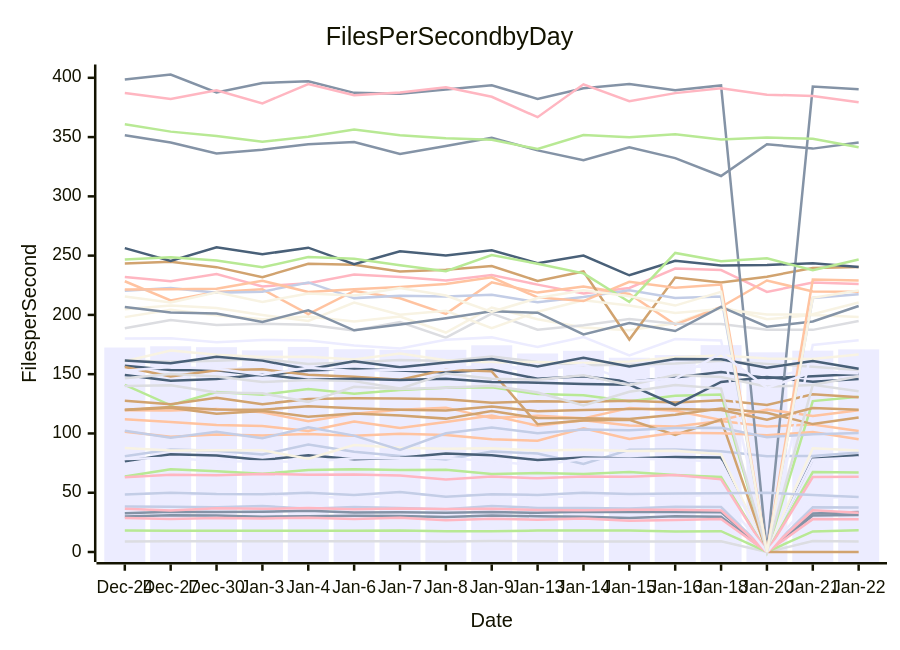
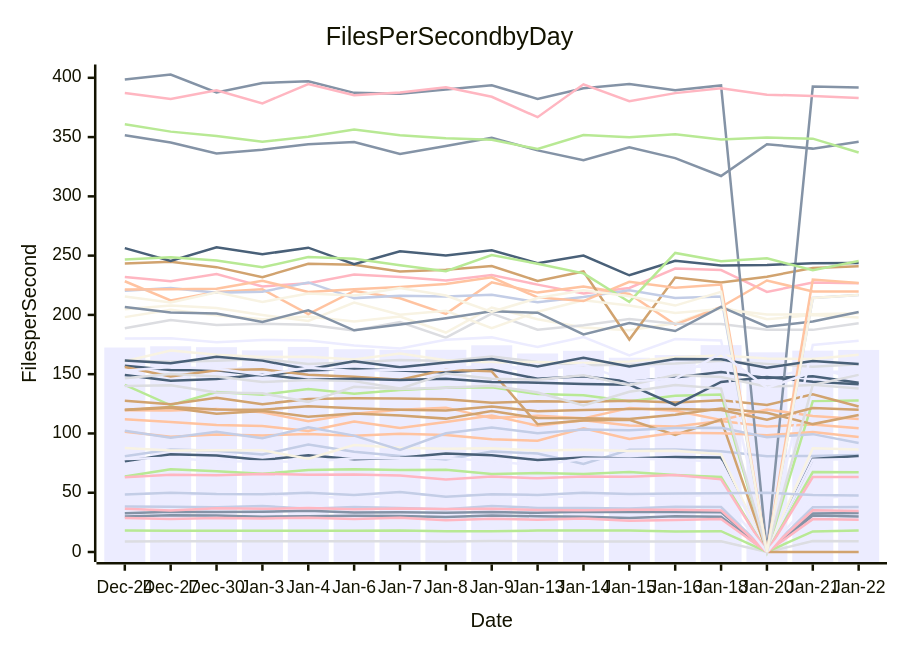
Before and after one commit to streetsidesoftware/cspell: the diagram in perf-report.md, drawn with Mermaid. The commit also changed other lines of this file and 1 other file, not shown here.

````diff
--- a/perf-report.md
+++ b/perf-report.md
@@ -10,57 +10,57 @@
 ```mermaid
 xychart-beta
     title Files Per Second by Day
     y-axis Files per Second
     x-axis Date [Dec-24, Dec-27, Dec-30, Jan-3, Jan-4, Jan-6, Jan-7, Jan-8, Jan-9, Jan-13, Jan-14, Jan-15, Jan-16, Jan-18, Jan-20, Jan-21, Jan-22]
-    bar [172.48, 173.54, 172.79, 170.07, 172.98, 171.06, 170.63, 170.60, 174.36, 167.48, 169.75, 163.88, 166.13, 174.50, 168.43, 169.86, 170.92]
-    line [30.04, 30.99, 30.88, 29.79, 30.12, 30.58, 30.44, 29.43, 30.82, 30.13, 29.74, 28.69, 30.19, 29.74, 0.00, 30.87, 31.24]
-    line [111.88, 109.68, 107.07, 106.25, 102.14, 110.16, 104.65, 109.58, 115.11, 106.48, 111.07, 106.70, 105.83, 110.59, 105.90, 107.50, 102.03]
-    line [8.90, 9.07, 9.12, 9.16, 9.11, 9.12, 9.14, 8.90, 9.21, 9.09, 8.82, 8.93, 8.76, 8.99, 0.00, 9.21, 8.91]
-    line [140.89, 123.76, 134.99, 132.64, 137.41, 133.47, 136.71, 138.45, 138.88, 133.26, 132.31, 127.23, 131.76, 132.93, 0.00, 127.27, 131.02]
-    line [127.54, 124.61, 130.19, 124.72, 128.97, 129.63, 129.57, 128.75, 125.98, 127.26, 126.67, 127.57, 126.01, 128.09, 123.93, 133.11, 130.61]
-    line [80.81, 86.47, 85.34, 82.22, 90.61, 84.54, 80.98, 78.06, 84.72, 83.13, 74.36, 86.16, 86.38, 84.98, 80.87, 81.08, 83.95]
-    line [231.90, 228.38, 234.40, 224.05, 226.75, 234.01, 231.87, 229.00, 233.60, 225.53, 218.14, 222.73, 239.07, 237.86, 219.38, 227.33, 226.04]
-    line [76.44, 82.43, 81.41, 77.52, 81.68, 78.20, 79.53, 83.01, 81.62, 77.54, 79.76, 78.94, 80.05, 79.79, 0.00, 78.41, 81.53]
-    line [198.12, 204.40, 199.78, 196.30, 198.61, 194.45, 198.60, 185.12, 206.27, 196.30, 189.40, 186.97, 192.92, 206.92, 196.43, 199.84, 198.27]
-    line [158.26, 149.38, 149.63, 160.44, 159.38, 155.94, 161.49, 151.30, 157.09, 152.68, 160.69, 156.79, 156.81, 155.73, 146.52, 155.23, 148.65]
-    line [32.69, 33.95, 33.78, 33.96, 34.86, 33.41, 33.47, 33.19, 33.82, 33.01, 34.00, 33.70, 33.67, 33.62, 0.00, 32.53, 33.69]
-    line [228.39, 212.27, 219.38, 221.60, 200.66, 220.18, 213.99, 200.90, 227.46, 218.81, 223.94, 217.59, 191.78, 206.70, 229.01, 219.68, 219.45]
-    line [188.75, 195.62, 191.45, 192.64, 191.68, 186.85, 193.93, 180.85, 201.04, 187.54, 191.28, 196.46, 192.64, 192.25, 187.45, 187.38, 194.87]
-    line [18.08, 17.97, 17.93, 17.83, 17.83, 17.89, 18.19, 17.48, 17.44, 18.04, 18.04, 18.22, 17.23, 17.55, 0.00, 17.39, 18.34]
-    line [243.32, 244.74, 240.28, 231.82, 243.15, 242.35, 236.52, 238.12, 241.19, 228.64, 236.61, 179.24, 231.58, 227.41, 232.25, 239.53, 240.36]
-    line [38.32, 38.26, 37.85, 38.77, 36.54, 38.02, 37.20, 35.97, 38.77, 37.19, 37.15, 36.65, 38.13, 37.95, 0.00, 37.76, 37.44]
-    line [36.55, 35.09, 36.98, 36.38, 37.08, 36.07, 36.65, 36.34, 36.49, 35.46, 35.24, 35.59, 35.58, 35.07, 0.00, 35.24, 33.20]
-    line [157.19, 153.46, 153.21, 148.91, 153.20, 154.41, 153.05, 151.33, 153.98, 146.13, 148.32, 143.55, 147.19, 151.83, 146.83, 148.17, 150.25]
-    line [87.76, 85.72, 85.81, 85.78, 78.64, 90.27, 87.90, 87.06, 87.60, 85.54, 86.15, 85.12, 85.43, 82.51, 0.00, 87.43, 85.66]
-    line [78.49, 79.44, 76.50, 76.34, 76.08, 79.03, 79.23, 79.24, 76.50, 72.97, 78.65, 78.72, 77.98, 76.03, 0.00, 77.82, 79.65]
-    line [398.52, 402.79, 387.60, 395.60, 397.05, 387.31, 386.47, 390.16, 393.74, 382.18, 391.17, 394.86, 389.55, 393.53, 0.00, 392.61, 390.40]
-    line [119.60, 119.43, 120.64, 117.82, 110.33, 116.53, 120.08, 121.77, 112.94, 114.87, 112.73, 121.37, 119.21, 111.41, 120.28, 114.69, 119.63]
-    line [161.55, 160.38, 161.25, 162.72, 158.59, 160.02, 162.06, 161.10, 164.91, 160.36, 157.59, 157.97, 159.04, 161.40, 158.69, 156.26, 153.51]
-    line [63.78, 69.83, 68.15, 65.99, 69.11, 69.77, 69.09, 69.36, 65.84, 66.66, 65.78, 67.40, 65.04, 63.23, 0.00, 67.48, 67.13]
+    bar [172.48, 173.54, 172.79, 170.07, 172.98, 171.06, 170.63, 170.60, 174.36, 167.48, 169.75, 163.88, 166.13, 174.50, 168.43, 169.86, 170.44]
+    line [30.04, 30.99, 30.88, 29.79, 30.12, 30.58, 30.44, 29.43, 30.82, 30.13, 29.74, 28.69, 30.19, 29.74, 0.00, 30.87, 30.00]
+    line [111.88, 109.68, 107.07, 106.25, 102.14, 110.16, 104.65, 109.58, 115.11, 106.48, 111.07, 106.70, 105.83, 110.59, 105.90, 107.50, 104.30]
+    line [8.90, 9.07, 9.12, 9.16, 9.11, 9.12, 9.14, 8.90, 9.21, 9.09, 8.82, 8.93, 8.76, 8.99, 0.00, 9.21, 8.99]
+    line [140.89, 123.76, 134.99, 132.64, 137.41, 133.47, 136.71, 138.45, 138.88, 133.26, 132.31, 127.23, 131.76, 132.93, 0.00, 127.27, 127.81]
+    line [127.54, 124.61, 130.19, 124.72, 128.97, 129.63, 129.57, 128.75, 125.98, 127.26, 126.67, 127.57, 126.01, 128.09, 123.93, 133.11, 122.76]
+    line [80.81, 86.47, 85.34, 82.22, 90.61, 84.54, 80.98, 78.06, 84.72, 83.13, 74.36, 86.16, 86.38, 84.98, 80.87, 81.08, 81.74]
+    line [231.90, 228.38, 234.40, 224.05, 226.75, 234.01, 231.87, 229.00, 233.60, 225.53, 218.14, 222.73, 239.07, 237.86, 219.38, 227.33, 226.70]
+    line [76.44, 82.43, 81.41, 77.52, 81.68, 78.20, 79.53, 83.01, 81.62, 77.54, 79.76, 78.94, 80.05, 79.79, 0.00, 78.41, 81.03]
+    line [198.12, 204.40, 199.78, 196.30, 198.61, 194.45, 198.60, 185.12, 206.27, 196.30, 189.40, 186.97, 192.92, 206.92, 196.43, 199.84, 197.78]
+    line [158.26, 149.38, 149.63, 160.44, 159.38, 155.94, 161.49, 151.30, 157.09, 152.68, 160.69, 156.79, 156.81, 155.73, 146.52, 155.23, 146.60]
+    line [32.69, 33.95, 33.78, 33.96, 34.86, 33.41, 33.47, 33.19, 33.82, 33.01, 34.00, 33.70, 33.67, 33.62, 0.00, 32.53, 32.97]
+    line [228.39, 212.27, 219.38, 221.60, 200.66, 220.18, 213.99, 200.90, 227.46, 218.81, 223.94, 217.59, 191.78, 206.70, 229.01, 219.68, 219.77]
+    line [188.75, 195.62, 191.45, 192.64, 191.68, 186.85, 193.93, 180.85, 201.04, 187.54, 191.28, 196.46, 192.64, 192.25, 187.45, 187.38, 192.87]
+    line [18.08, 17.97, 17.93, 17.83, 17.83, 17.89, 18.19, 17.48, 17.44, 18.04, 18.04, 18.22, 17.23, 17.55, 0.00, 17.39, 18.17]
+    line [243.32, 244.74, 240.28, 231.82, 243.15, 242.35, 236.52, 238.12, 241.19, 228.64, 236.61, 179.24, 231.58, 227.41, 232.25, 239.53, 241.09]
+    line [38.32, 38.26, 37.85, 38.77, 36.54, 38.02, 37.20, 35.97, 38.77, 37.19, 37.15, 36.65, 38.13, 37.95, 0.00, 37.76, 37.89]
+    line [36.55, 35.09, 36.98, 36.38, 37.08, 36.07, 36.65, 36.34, 36.49, 35.46, 35.24, 35.59, 35.58, 35.07, 0.00, 35.24, 34.68]
+    line [157.19, 153.46, 153.21, 148.91, 153.20, 154.41, 153.05, 151.33, 153.98, 146.13, 148.32, 143.55, 147.19, 151.83, 146.83, 148.17, 142.81]
+    line [87.76, 85.72, 85.81, 85.78, 78.64, 90.27, 87.90, 87.06, 87.60, 85.54, 86.15, 85.12, 85.43, 82.51, 0.00, 87.43, 86.48]
+    line [78.49, 79.44, 76.50, 76.34, 76.08, 79.03, 79.23, 79.24, 76.50, 72.97, 78.65, 78.72, 77.98, 76.03, 0.00, 77.82, 78.41]
+    line [398.52, 402.79, 387.60, 395.60, 397.05, 387.31, 386.47, 390.16, 393.74, 382.18, 391.17, 394.86, 389.55, 393.53, 0.00, 392.61, 391.87]
+    line [119.60, 119.43, 120.64, 117.82, 110.33, 116.53, 120.08, 121.77, 112.94, 114.87, 112.73, 121.37, 119.21, 111.41, 120.28, 114.69, 112.28]
+    line [161.55, 160.38, 161.25, 162.72, 158.59, 160.02, 162.06, 161.10, 164.91, 160.36, 157.59, 157.97, 159.04, 161.40, 158.69, 156.26, 158.43]
+    line [63.78, 69.83, 68.15, 65.99, 69.11, 69.77, 69.09, 69.36, 65.84, 66.66, 65.78, 67.40, 65.04, 63.23, 0.00, 67.48, 67.27]
     line [155.99, 148.15, 153.37, 154.17, 149.42, 147.86, 145.38, 153.63, 152.37, 107.78, 110.93, 111.50, 98.69, 111.74, 0.00, 0.00, 0.00]
-    line [220.33, 222.69, 218.79, 219.63, 227.40, 214.16, 216.11, 215.58, 216.92, 210.61, 215.07, 220.69, 214.26, 215.48, 0.00, 214.23, 217.44]
-    line [63.01, 65.26, 64.66, 65.89, 65.11, 65.47, 64.47, 61.13, 63.67, 62.15, 63.63, 63.52, 64.93, 61.26, 0.00, 63.19, 63.51]
-    line [149.32, 144.39, 145.93, 149.70, 145.36, 146.19, 145.02, 146.18, 143.49, 142.76, 141.64, 141.15, 123.99, 143.49, 147.59, 143.59, 145.97]
-    line [204.86, 207.97, 205.76, 199.93, 194.96, 210.48, 200.08, 203.53, 188.73, 202.65, 212.27, 207.96, 201.68, 204.97, 200.41, 200.50, 210.43]
-    line [180.06, 180.25, 176.99, 178.92, 178.38, 174.22, 171.75, 179.11, 181.04, 172.87, 181.24, 165.83, 179.67, 178.49, 0.00, 174.64, 178.69]
-    line [351.53, 345.39, 336.17, 339.40, 343.93, 345.83, 335.66, 342.43, 349.42, 338.80, 330.51, 341.37, 332.29, 317.17, 344.00, 340.27, 345.40]
-    line [101.53, 97.16, 99.08, 98.33, 99.60, 97.96, 99.84, 98.62, 95.10, 93.83, 104.36, 95.41, 100.49, 100.17, 98.43, 101.26, 95.11]
-    line [146.50, 150.10, 148.04, 143.32, 145.06, 144.14, 137.83, 150.50, 146.15, 145.30, 149.05, 140.78, 149.26, 147.65, 139.36, 140.95, 148.24]
-    line [360.81, 354.60, 350.95, 345.98, 350.21, 356.35, 351.62, 349.11, 347.65, 339.94, 351.75, 349.84, 352.46, 347.95, 349.61, 348.67, 341.42]
-    line [119.82, 121.66, 116.64, 119.03, 114.16, 116.74, 115.06, 112.51, 118.83, 112.95, 112.89, 112.17, 115.75, 121.13, 117.45, 107.89, 113.41]
-    line [102.33, 96.35, 101.39, 95.92, 105.11, 98.16, 86.10, 100.14, 105.08, 100.22, 103.42, 102.77, 104.55, 104.84, 96.90, 99.42, 100.34]
-    line [28.77, 27.94, 28.71, 28.29, 28.89, 27.76, 28.93, 26.82, 27.98, 27.25, 28.25, 26.29, 26.94, 27.92, 0.00, 27.74, 27.53]
-    line [256.30, 245.45, 257.10, 251.12, 256.72, 242.84, 253.62, 250.11, 254.55, 243.64, 250.04, 233.42, 245.62, 241.64, 242.10, 243.52, 240.33]
-    line [160.97, 170.04, 166.42, 164.47, 164.70, 162.35, 167.49, 161.75, 159.91, 160.33, 159.51, 160.62, 164.27, 165.83, 163.17, 162.82, 166.59]
-    line [49.98, 48.46, 48.82, 48.74, 47.38, 44.97, 48.20, 48.28, 47.88, 45.48, 47.52, 48.15, 46.82, 48.44, 0.00, 45.59, 46.58]
-    line [206.68, 202.06, 201.20, 194.13, 203.79, 186.99, 191.85, 197.16, 203.10, 201.84, 183.49, 193.18, 186.41, 206.76, 190.09, 194.48, 207.48]
-    line [221.39, 221.64, 222.00, 228.77, 219.30, 221.68, 223.62, 226.04, 231.74, 214.77, 211.68, 227.93, 222.84, 225.57, 0.00, 229.76, 228.93]
-    line [140.01, 140.67, 134.58, 133.84, 126.46, 139.31, 137.59, 138.48, 140.31, 134.58, 123.64, 135.23, 140.79, 137.86, 0.00, 141.02, 135.67]
-    line [246.70, 248.73, 245.95, 240.13, 248.92, 247.35, 241.85, 236.85, 250.47, 243.18, 235.07, 210.91, 252.26, 245.25, 247.79, 237.71, 246.76]
-    line [119.98, 122.26, 120.11, 120.07, 122.96, 121.36, 120.04, 119.36, 122.67, 118.82, 119.70, 120.72, 120.60, 119.83, 111.61, 121.49, 120.02]
-    line [48.41, 49.94, 48.88, 48.70, 49.88, 48.16, 50.54, 46.59, 48.81, 48.15, 49.96, 48.86, 49.35, 49.61, 49.98, 48.14, 46.48]
-    line [387.10, 382.18, 389.40, 378.43, 394.66, 385.25, 387.67, 392.05, 384.01, 366.78, 394.48, 380.24, 387.08, 391.19, 385.76, 384.74, 379.30]
-    line [161.47, 159.18, 164.75, 161.43, 154.09, 160.97, 155.89, 159.83, 162.81, 156.59, 163.92, 156.50, 162.70, 162.52, 155.39, 161.05, 154.57]
-    line [215.56, 210.39, 219.17, 210.98, 218.13, 216.47, 222.63, 216.37, 202.60, 214.18, 220.74, 215.80, 207.87, 219.52, 0.00, 214.36, 220.57]
-    line [152.82, 156.10, 154.49, 149.59, 155.51, 152.61, 153.69, 153.81, 158.28, 153.24, 158.05, 143.97, 146.11, 167.84, 138.47, 151.83, 150.54]
+    line [220.33, 222.69, 218.79, 219.63, 227.40, 214.16, 216.11, 215.58, 216.92, 210.61, 215.07, 220.69, 214.26, 215.48, 0.00, 214.23, 216.83]
+    line [63.01, 65.26, 64.66, 65.89, 65.11, 65.47, 64.47, 61.13, 63.67, 62.15, 63.63, 63.52, 64.93, 61.26, 0.00, 63.19, 63.24]
+    line [149.32, 144.39, 145.93, 149.70, 145.36, 146.19, 145.02, 146.18, 143.49, 142.76, 141.64, 141.15, 123.99, 143.49, 147.59, 143.59, 141.42]
+    line [204.86, 207.97, 205.76, 199.93, 194.96, 210.48, 200.08, 203.53, 188.73, 202.65, 212.27, 207.96, 201.68, 204.97, 200.41, 200.50, 201.35]
+    line [180.06, 180.25, 176.99, 178.92, 178.38, 174.22, 171.75, 179.11, 181.04, 172.87, 181.24, 165.83, 179.67, 178.49, 0.00, 174.64, 178.29]
+    line [351.53, 345.39, 336.17, 339.40, 343.93, 345.83, 335.66, 342.43, 349.42, 338.80, 330.51, 341.37, 332.29, 317.17, 344.00, 340.27, 346.07]
+    line [101.53, 97.16, 99.08, 98.33, 99.60, 97.96, 99.84, 98.62, 95.10, 93.83, 104.36, 95.41, 100.49, 100.17, 98.43, 101.26, 97.05]
+    line [146.50, 150.10, 148.04, 143.32, 145.06, 144.14, 137.83, 150.50, 146.15, 145.30, 149.05, 140.78, 149.26, 147.65, 139.36, 140.95, 149.41]
+    line [360.81, 354.60, 350.95, 345.98, 350.21, 356.35, 351.62, 349.11, 347.65, 339.94, 351.75, 349.84, 352.46, 347.95, 349.61, 348.67, 336.98]
+    line [119.82, 121.66, 116.64, 119.03, 114.16, 116.74, 115.06, 112.51, 118.83, 112.95, 112.89, 112.17, 115.75, 121.13, 117.45, 107.89, 115.63]
+    line [102.33, 96.35, 101.39, 95.92, 105.11, 98.16, 86.10, 100.14, 105.08, 100.22, 103.42, 102.77, 104.55, 104.84, 96.90, 99.42, 91.88]
+    line [28.77, 27.94, 28.71, 28.29, 28.89, 27.76, 28.93, 26.82, 27.98, 27.25, 28.25, 26.29, 26.94, 27.92, 0.00, 27.74, 27.10]
+    line [256.30, 245.45, 257.10, 251.12, 256.72, 242.84, 253.62, 250.11, 254.55, 243.64, 250.04, 233.42, 245.62, 241.64, 242.10, 243.52, 243.78]
+    line [160.97, 170.04, 166.42, 164.47, 164.70, 162.35, 167.49, 161.75, 159.91, 160.33, 159.51, 160.62, 164.27, 165.83, 163.17, 162.82, 166.39]
+    line [49.98, 48.46, 48.82, 48.74, 47.38, 44.97, 48.20, 48.28, 47.88, 45.48, 47.52, 48.15, 46.82, 48.44, 0.00, 45.59, 47.24]
+    line [206.68, 202.06, 201.20, 194.13, 203.79, 186.99, 191.85, 197.16, 203.10, 201.84, 183.49, 193.18, 186.41, 206.76, 190.09, 194.48, 202.39]
+    line [221.39, 221.64, 222.00, 228.77, 219.30, 221.68, 223.62, 226.04, 231.74, 214.77, 211.68, 227.93, 222.84, 225.57, 0.00, 229.76, 226.99]
+    line [140.01, 140.67, 134.58, 133.84, 126.46, 139.31, 137.59, 138.48, 140.31, 134.58, 123.64, 135.23, 140.79, 137.86, 0.00, 141.02, 138.02]
+    line [246.70, 248.73, 245.95, 240.13, 248.92, 247.35, 241.85, 236.85, 250.47, 243.18, 235.07, 210.91, 252.26, 245.25, 247.79, 237.71, 245.48]
+    line [119.98, 122.26, 120.11, 120.07, 122.96, 121.36, 120.04, 119.36, 122.67, 118.82, 119.70, 120.72, 120.60, 119.83, 111.61, 121.49, 119.94]
+    line [48.41, 49.94, 48.88, 48.70, 49.88, 48.16, 50.54, 46.59, 48.81, 48.15, 49.96, 48.86, 49.35, 49.61, 49.98, 48.14, 47.57]
+    line [387.10, 382.18, 389.40, 378.43, 394.66, 385.25, 387.67, 392.05, 384.01, 366.78, 394.48, 380.24, 387.08, 391.19, 385.76, 384.74, 382.99]
+    line [161.47, 159.18, 164.75, 161.43, 154.09, 160.97, 155.89, 159.83, 162.81, 156.59, 163.92, 156.50, 162.70, 162.52, 155.39, 161.05, 158.62]
+    line [215.56, 210.39, 219.17, 210.98, 218.13, 216.47, 222.63, 216.37, 202.60, 214.18, 220.74, 215.80, 207.87, 219.52, 0.00, 214.36, 216.75]
+    line [152.82, 156.10, 154.49, 149.59, 155.51, 152.61, 153.69, 153.81, 158.28, 153.24, 158.05, 143.97, 146.11, 167.84, 138.47, 151.83, 152.31]
 ```
````
